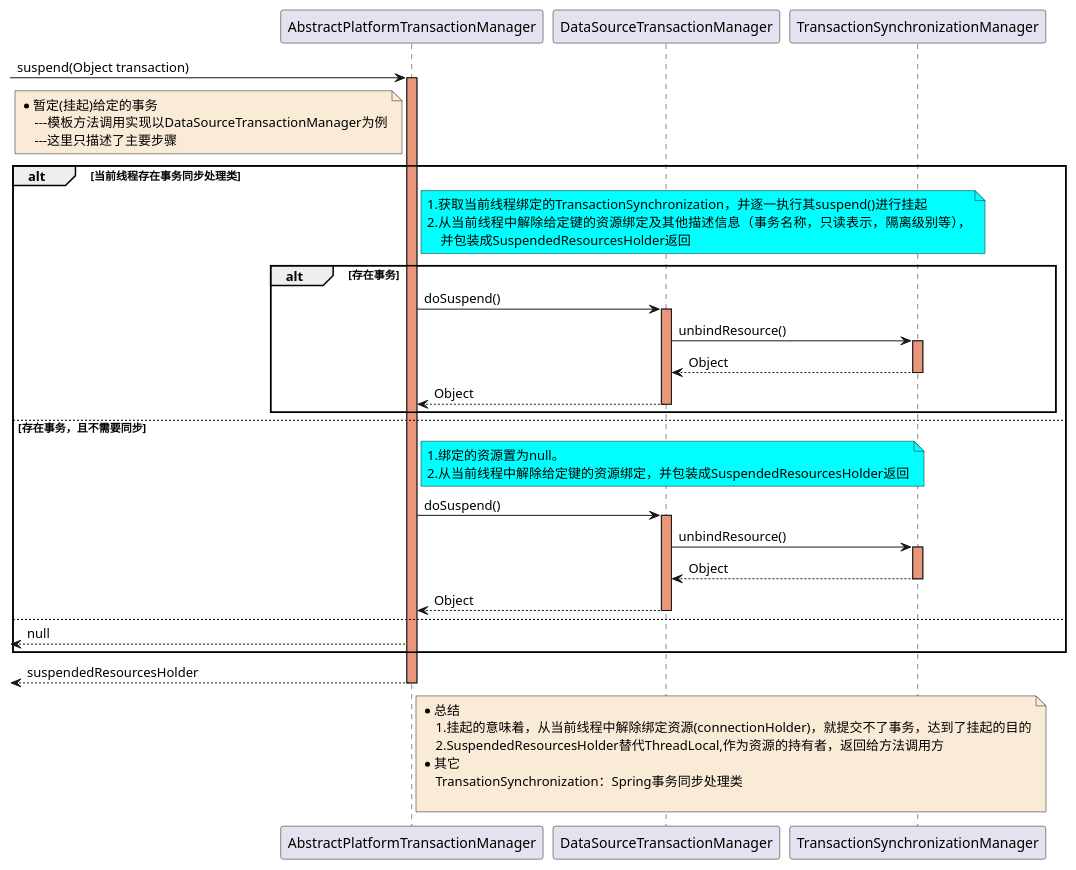
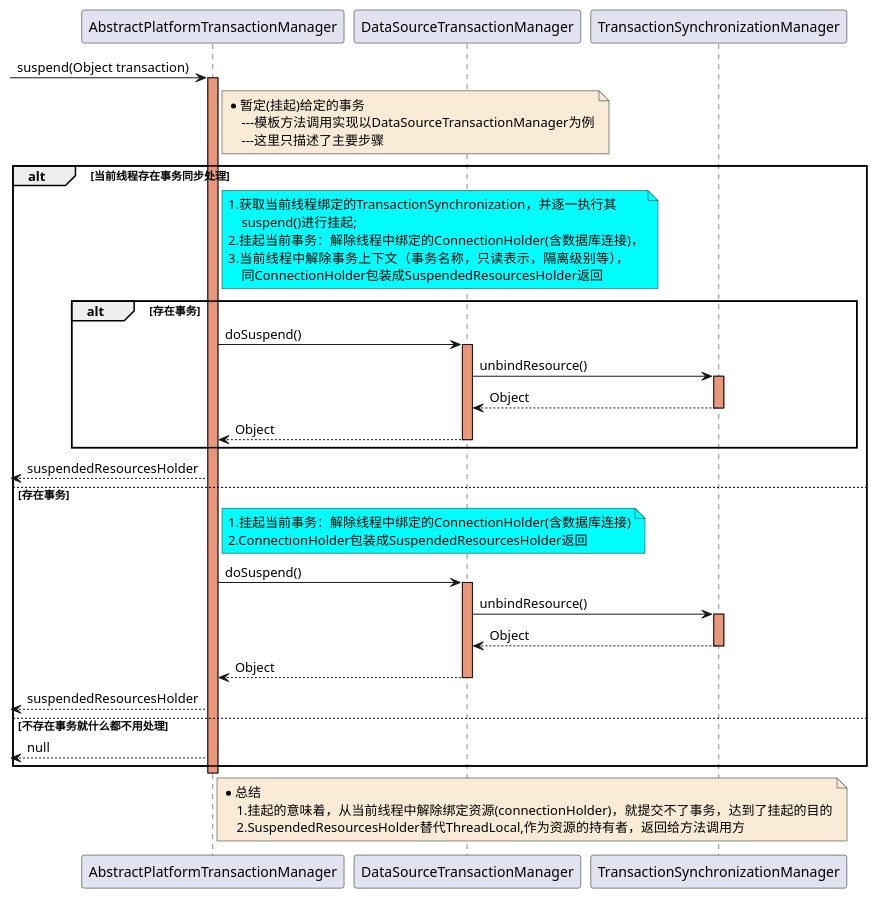
The diagram in document/spring/data/sequence/Transaction-AbstractPlatformTransactionManager_suspend-sequence.puml (czwer/learn-spring-code), drawn with PlantUML before and after one commit. The commit also changed 23 other files, not shown here.

```diff
--- a/document/spring/data/sequence/Transaction-AbstractPlatformTransactionManager_suspend-sequence.puml
+++ b/document/spring/data/sequence/Transaction-AbstractPlatformTransactionManager_suspend-sequence.puml
@@ -1,64 +1,64 @@
 @startuml
 -> AbstractPlatformTransactionManager: suspend(Object transaction)
 activate AbstractPlatformTransactionManager #DarkSalmon
 
-note left of AbstractPlatformTransactionManager #FAEBD7
+note right of AbstractPlatformTransactionManager #FAEBD7
     *暂定(挂起)给定的事务
         ---模板方法调用实现以DataSourceTransactionManager为例
         ---这里只描述了主要步骤
 end note
 
-    alt 当前线程存在事务同步处理类
+    alt 当前线程存在事务同步处理
         note right of AbstractPlatformTransactionManager #aqua
-            1.获取当前线程绑定的TransactionSynchronization，并逐一执行其suspend()进行挂起
-            2.从当前线程中解除给定键的资源绑定及其他描述信息（事务名称，只读表示，隔离级别等），
-                并包装成SuspendedResourcesHolder返回
+            1.获取当前线程绑定的TransactionSynchronization，并逐一执行其
+                suspend()进行挂起;
+            2.挂起当前事务：解除线程中绑定的ConnectionHolder(含数据库连接)，
+            3.当前线程中解除事务上下文（事务名称，只读表示，隔离级别等），
+                同ConnectionHolder包装成SuspendedResourcesHolder返回
         end note
 
         alt 存在事务
             AbstractPlatformTransactionManager -> DataSourceTransactionManager : doSuspend()
             activate DataSourceTransactionManager #DarkSalmon
 
                 DataSourceTransactionManager -> TransactionSynchronizationManager : unbindResource()
                 activate TransactionSynchronizationManager #DarkSalmon
                 TransactionSynchronizationManager --> DataSourceTransactionManager : Object
                 deactivate TransactionSynchronizationManager
 
             DataSourceTransactionManager --> AbstractPlatformTransactionManager : Object
             deactivate DataSourceTransactionManager
         end
+<-- AbstractPlatformTransactionManager: suspendedResourcesHolder
 
-    else 存在事务，且不需要同步
+    else 存在事务
         note right of AbstractPlatformTransactionManager #aqua
-            1.绑定的资源置为null。
-            2.从当前线程中解除给定键的资源绑定，并包装成SuspendedResourcesHolder返回
+            1.挂起当前事务：解除线程中绑定的ConnectionHolder(含数据库连接)
+            2.ConnectionHolder包装成SuspendedResourcesHolder返回
         end note
 
         AbstractPlatformTransactionManager -> DataSourceTransactionManager : doSuspend()
         activate DataSourceTransactionManager #DarkSalmon
 
             DataSourceTransactionManager -> TransactionSynchronizationManager : unbindResource()
             activate TransactionSynchronizationManager #DarkSalmon
             TransactionSynchronizationManager --> DataSourceTransactionManager : Object
             deactivate TransactionSynchronizationManager
 
         DataSourceTransactionManager --> AbstractPlatformTransactionManager : Object
         deactivate DataSourceTransactionManager
-    else
+<-- AbstractPlatformTransactionManager: suspendedResourcesHolder
+    else 不存在事务就什么都不用处理
 <-- AbstractPlatformTransactionManager: null
     end
 
 
-<-- AbstractPlatformTransactionManager: suspendedResourcesHolder
 deactivate AbstractPlatformTransactionManager
 
 note right of AbstractPlatformTransactionManager #FAEBD7
     *总结
         1.挂起的意味着，从当前线程中解除绑定资源(connectionHolder)，就提交不了事务，达到了挂起的目的
         2.SuspendedResourcesHolder替代ThreadLocal,作为资源的持有者，返回给方法调用方
-    *其它
-        TransationSynchronization：Spring事务同步处理类
-
 end note
 
 @enduml
```
